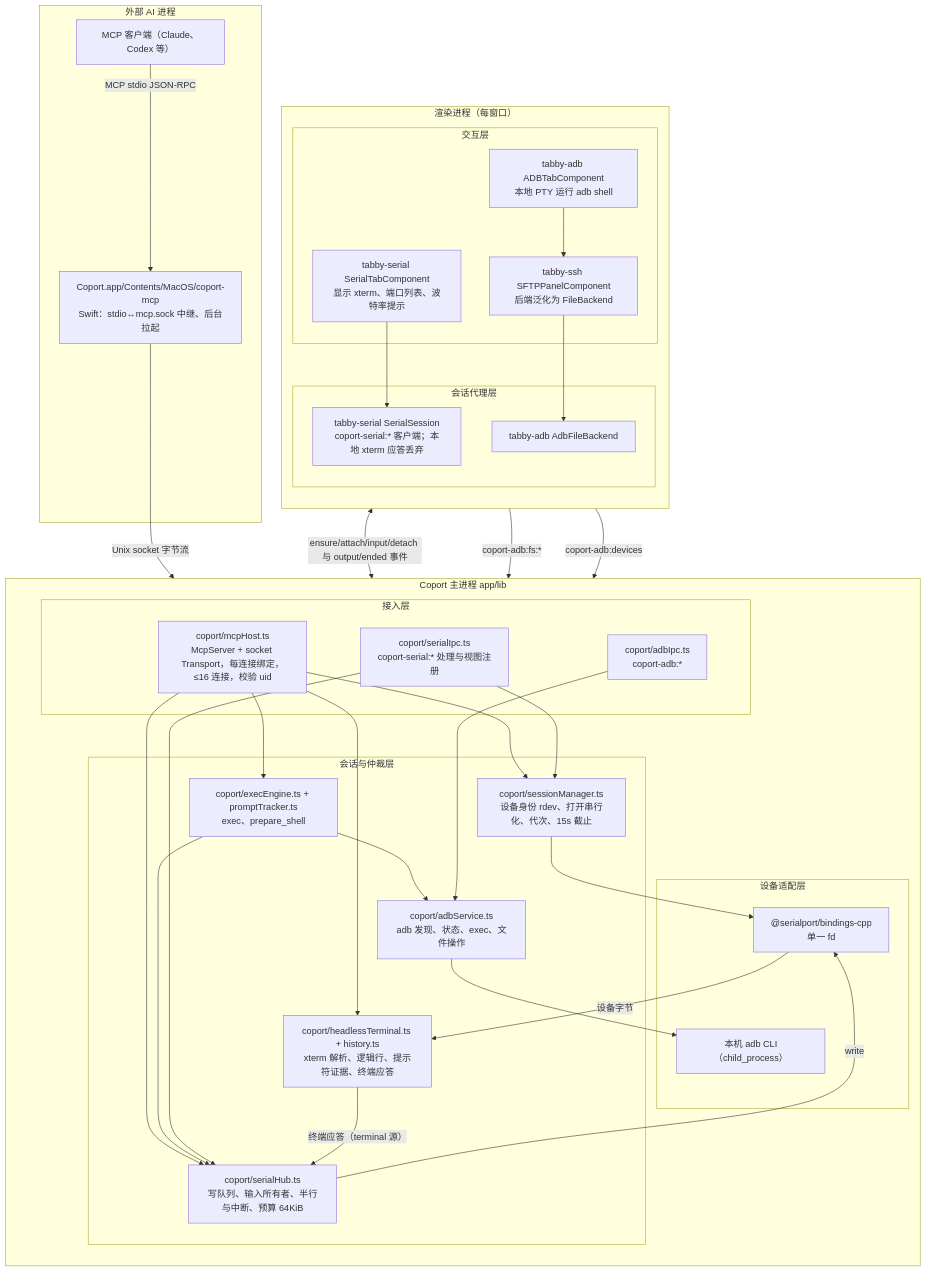
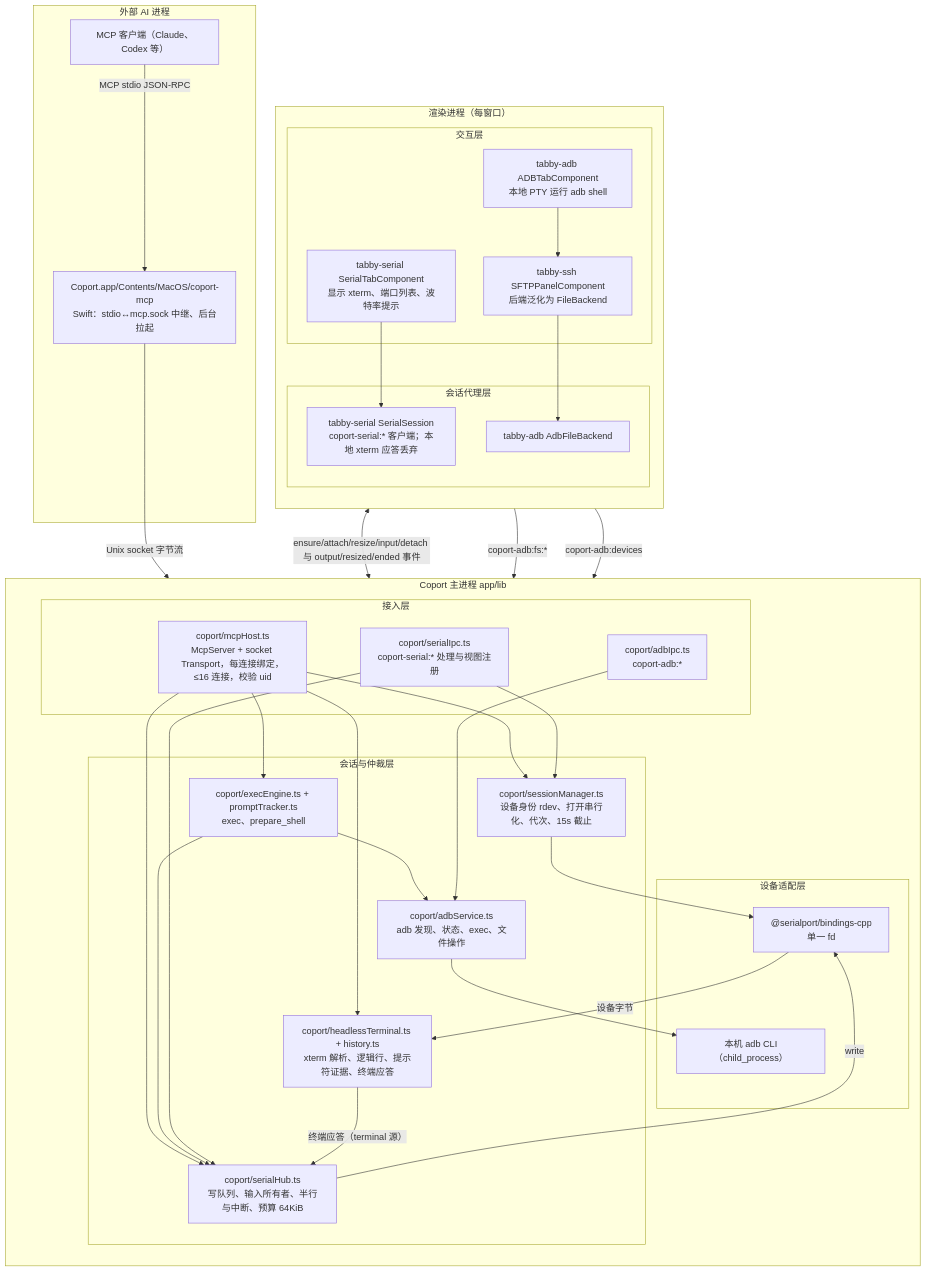
One commit to UberPrinz/coport changed the first of 5 diagrams in docs/specs/coport-fork.md. Above: the diagram before and after it, drawn with Mermaid. The commit also changed other lines of this file and 50 other files, not shown here.

````diff
--- a/docs/specs/coport-fork.md
+++ b/docs/specs/coport-fork.md
@@ -104,60 +104,60 @@
 ```mermaid
 flowchart TB
     subgraph AIP["外部 AI 进程"]
         CLIENT["MCP 客户端（Claude、Codex 等）"]
         SHIM["Coport.app/Contents/MacOS/coport-mcp<br/>Swift：stdio↔mcp.sock 中继、后台拉起"]
         CLIENT -->|"MCP stdio JSON-RPC"| SHIM
     end
     subgraph MAIN["Coport 主进程 app/lib"]
         direction TB
         subgraph MA["接入层"]
             MCPH["coport/mcpHost.ts<br/>McpServer + socket Transport，每连接绑定，≤16 连接，校验 uid"]
             SIPC["coport/serialIpc.ts<br/>coport-serial:* 处理与视图注册"]
             AIPC["coport/adbIpc.ts<br/>coport-adb:*"]
         end
         subgraph MB["会话与仲裁层"]
             SMGR["coport/sessionManager.ts<br/>设备身份 rdev、打开串行化、代次、15s 截止"]
             HUB["coport/serialHub.ts<br/>写队列、输入所有者、半行与中断、预算 64KiB"]
             HEAD["coport/headlessTerminal.ts + history.ts<br/>xterm 解析、逻辑行、提示符证据、终端应答"]
             EXEC["coport/execEngine.ts + promptTracker.ts<br/>exec、prepare_shell"]
             ADBS["coport/adbService.ts<br/>adb 发现、状态、exec、文件操作"]
         end
         subgraph MC["设备适配层"]
             PORT["@serialport/bindings-cpp<br/>单一 fd"]
             ADBCLI["本机 adb CLI（child_process）"]
         end
         MCPH --> SMGR
         MCPH --> HUB
         MCPH --> HEAD
         MCPH --> EXEC
         EXEC --> HUB
         EXEC --> ADBS
         SIPC --> SMGR
         SIPC --> HUB
         AIPC --> ADBS
         SMGR --> PORT
         HUB -->|"write"| PORT
         PORT -->|"设备字节"| HEAD
         HEAD -->|"终端应答（terminal 源）"| HUB
         ADBS --> ADBCLI
     end
     subgraph REN["渲染进程（每窗口）"]
         direction TB
         subgraph RA["交互层"]
             STAB["tabby-serial SerialTabComponent<br/>显示 xterm、端口列表、波特率提示"]
             ATAB["tabby-adb ADBTabComponent<br/>本地 PTY 运行 adb shell"]
             PANEL["tabby-ssh SFTPPanelComponent<br/>后端泛化为 FileBackend"]
         end
         subgraph RB["会话代理层"]
             SSES["tabby-serial SerialSession<br/>coport-serial:* 客户端；本地 xterm 应答丢弃"]
             AFB["tabby-adb AdbFileBackend"]
         end
         STAB --> SSES
         ATAB --> PANEL
         PANEL --> AFB
     end
     SHIM -->|"Unix socket 字节流"| MCPH
-    SSES <-->|"ensure/attach/input/detach 与 output/ended 事件"| SIPC
+    SSES <-->|"ensure/attach/resize/input/detach 与 output/resized/ended 事件"| SIPC
     AFB -->|"coport-adb:fs:*"| AIPC
     ATAB -->|"coport-adb:devices"| AIPC
 ```
````
